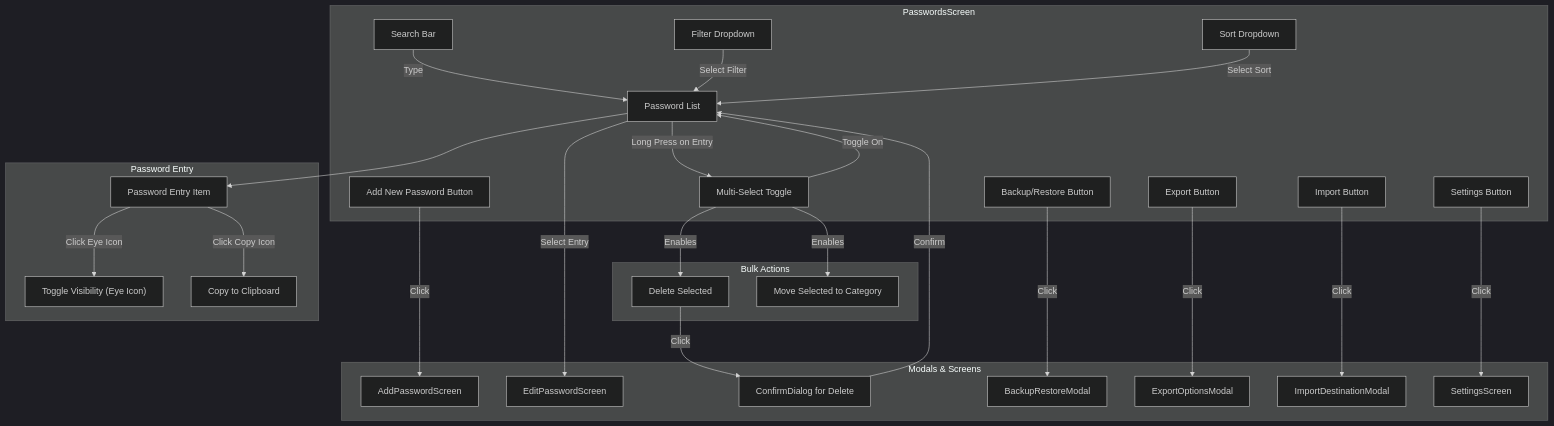
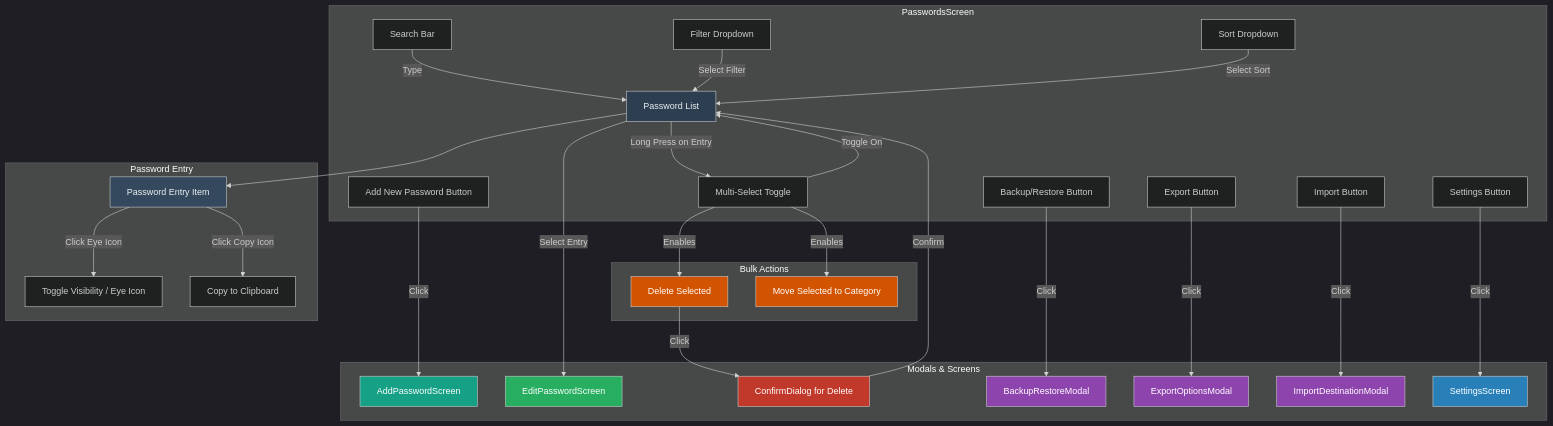
Before and after one commit to TuPhung369/PasswordEpic: the fourth of 17 diagrams in PasswordEpic.md, drawn with Mermaid. The commit also changed other lines of this file, not shown here.

Commit message:
P3W11 fix format workflow

````diff
--- a/PasswordEpic.md
+++ b/PasswordEpic.md
@@ -409,61 +409,74 @@
 ```mermaid
 %%{init: {'theme': 'dark'}}%%
 flowchart TD
     subgraph "PasswordsScreen"
         A[Password List]
         B[Search Bar]
         C[Filter Dropdown]
         D[Sort Dropdown]
         E[Add New Password Button]
         F[Multi-Select Toggle]
         G[Export Button]
         H[Import Button]
         I[Backup/Restore Button]
         J[Settings Button]
     end
 
     subgraph "Bulk Actions"
         K[Delete Selected]
         L[Move Selected to Category]
     end
 
     subgraph "Modals & Screens"
         M[AddPasswordScreen]
         N[EditPasswordScreen]
         O[ConfirmDialog for Delete]
         P[BackupRestoreModal]
         Q[ExportOptionsModal]
         R[ImportDestinationModal]
         S[SettingsScreen]
     end
 
     E -- Click --> M
     A -- Select Entry --> N
     J -- Click --> S
 
     B -- Type --> A
     C -- Select Filter --> A
     D -- Select Sort --> A
 
     F -- Toggle On --> A
     A -- Long Press on Entry --> F
 
     subgraph "Password Entry"
         Entry[Password Entry Item]
-        ViewPassword["Toggle Visibility (Eye Icon)"]
+        ViewPassword["Toggle Visibility / Eye Icon"]
         CopyPassword[Copy to Clipboard]
     end
 
     A --> Entry
     Entry -- Click Eye Icon --> ViewPassword
     Entry -- Click Copy Icon --> CopyPassword
 
     F -- Enables --> K
     F -- Enables --> L
     K -- Click --> O
     O -- Confirm --> A
 
     G -- Click --> Q
     H -- Click --> R
     I -- Click --> P
+
+    %% Styling
+    style A fill:#2C3E50,color:#ECF0F1
+    style Entry fill:#34495E,color:#ECF0F1
+    style M fill:#16A085,color:#FFF
+    style N fill:#27AE60,color:#FFF
+    style S fill:#2980B9,color:#FFF
+    style O fill:#C0392B,color:#FFF
+    style P fill:#8E44AD,color:#FFF
+    style Q fill:#8E44AD,color:#FFF
+    style R fill:#8E44AD,color:#FFF
+    style K fill:#D35400,color:#FFF
+    style L fill:#D35400,color:#FFF
 ```
````
